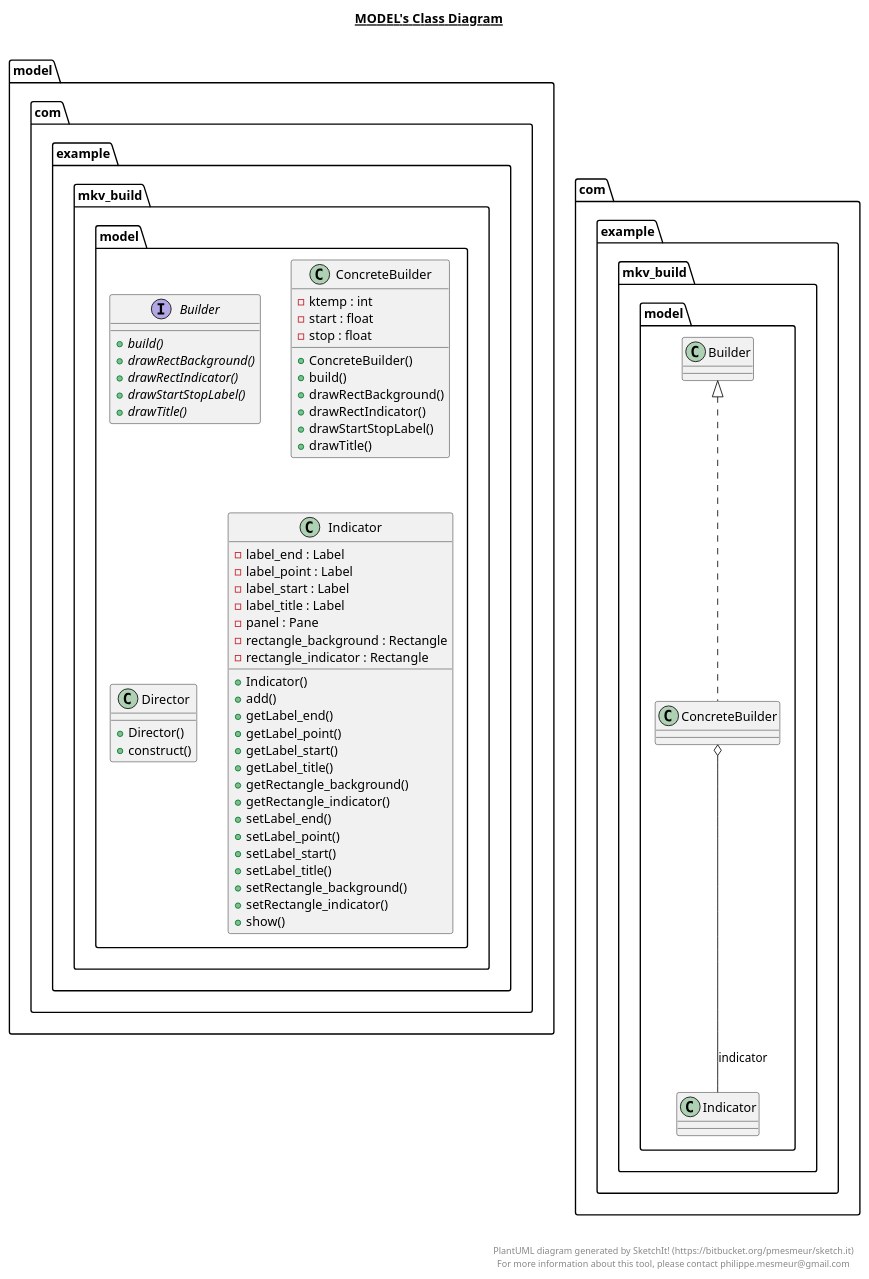
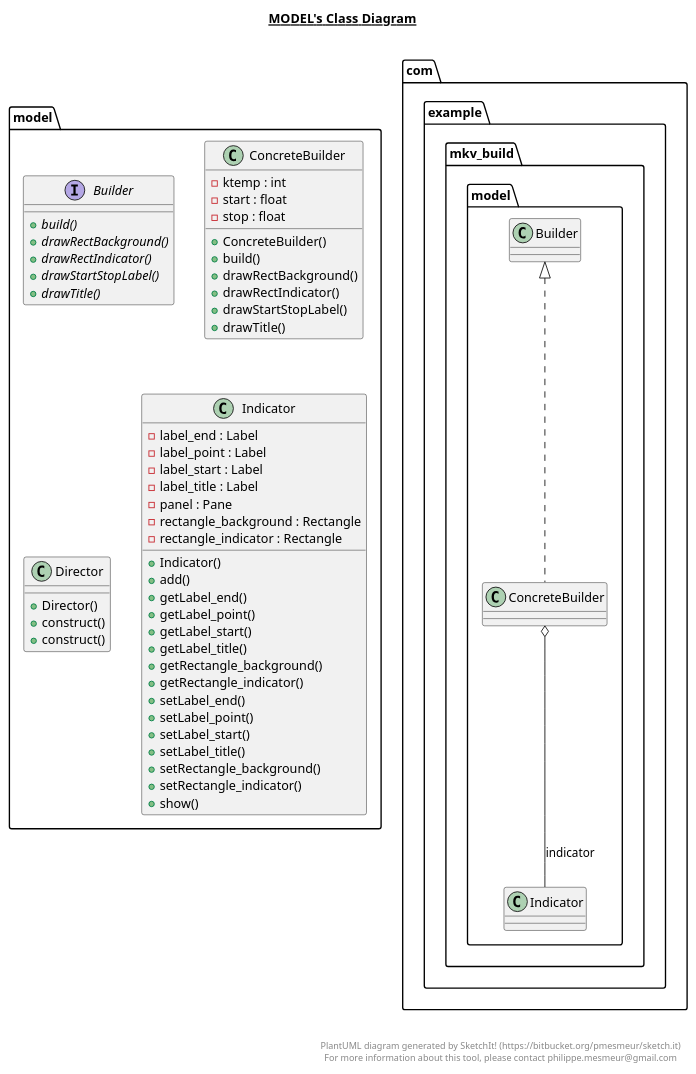
The diagram in src/main/java/com/example/mkv_build/model/model.plantuml (mkvr99/mkv_watch), drawn with PlantUML before and after one commit. The commit also changed 9 other files, not shown here.

```diff
--- a/src/main/java/com/example/mkv_build/model/model.plantuml
+++ b/src/main/java/com/example/mkv_build/model/model.plantuml
@@ -1,86 +1,87 @@
 @startuml
 
 title __MODEL's Class Diagram__\n
 
 
       namespace model {
-        interface com.example.mkv_build.model.Builder {
+        interface Builder {
             {abstract} + build()
             {abstract} + drawRectBackground()
             {abstract} + drawRectIndicator()
             {abstract} + drawStartStopLabel()
             {abstract} + drawTitle()
         }
       }
 
   
 
 
       namespace model {
-        class com.example.mkv_build.model.ConcreteBuilder {
+        class ConcreteBuilder {
             - ktemp : int
             - start : float
             - stop : float
             + ConcreteBuilder()
             + build()
             + drawRectBackground()
             + drawRectIndicator()
             + drawStartStopLabel()
             + drawTitle()
         }
       }
 
   
 
 
       namespace model {
-        class com.example.mkv_build.model.Director {
+        class Director {
             + Director()
+            + construct()
             + construct()
         }
       }
 
   
 
 
       namespace model {
-        class com.example.mkv_build.model.Indicator {
+        class Indicator {
             - label_end : Label
             - label_point : Label
             - label_start : Label
             - label_title : Label
             - panel : Pane
             - rectangle_background : Rectangle
             - rectangle_indicator : Rectangle
             + Indicator()
             + add()
             + getLabel_end()
             + getLabel_point()
             + getLabel_start()
             + getLabel_title()
             + getRectangle_background()
             + getRectangle_indicator()
             + setLabel_end()
             + setLabel_point()
             + setLabel_start()
             + setLabel_title()
             + setRectangle_background()
             + setRectangle_indicator()
             + show()
         }
       }
 
   
 
   com.example.mkv_build.model.ConcreteBuilder .up.|> com.example.mkv_build.model.Builder
   com.example.mkv_build.model.ConcreteBuilder o-- com.example.mkv_build.model.Indicator : indicator
 
 
 right footer
 
 
 PlantUML diagram generated by SketchIt! (https://bitbucket.org/pmesmeur/sketch.it)
 For more information about this tool, please contact philippe.mesmeur@gmail.com
 endfooter
 
 @enduml
```
